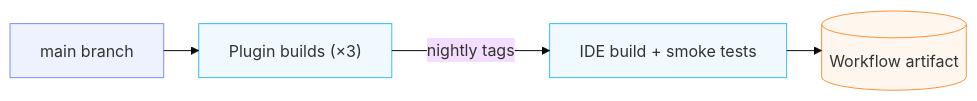
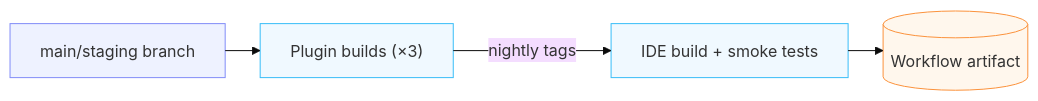
One commit to wso2/product-integrator changed the third of 5 diagrams in docs/cicd-pipelines.md. Above: the diagram before and after it, drawn with Mermaid (base theme). The commit also changed other lines of this file and 2 other files, not shown here.

Commit message:
Enhance documentation with staging branch details

````diff
--- a/docs/cicd-pipelines.md
+++ b/docs/cicd-pipelines.md
@@ -55,10 +55,10 @@
 ```mermaid
 %%{init: {"layout": "elk"}}%%
 graph LR
-    M["main branch"]:::trigger --> PL["Plugin builds (×3)"]:::stage
+    M["main/staging branch"]:::trigger --> PL["Plugin builds (×3)"]:::stage
     PL -->|nightly tags| AS["IDE build + smoke tests"]:::stage
     AS --> IA[("Workflow artifact")]:::artifact
     classDef trigger stroke:#818cf8,fill:#eef2ff
     classDef stage stroke:#38bdf8,fill:#f0f9ff
     classDef artifact stroke:#fb923c,fill:#fff7ed
 ```
````
